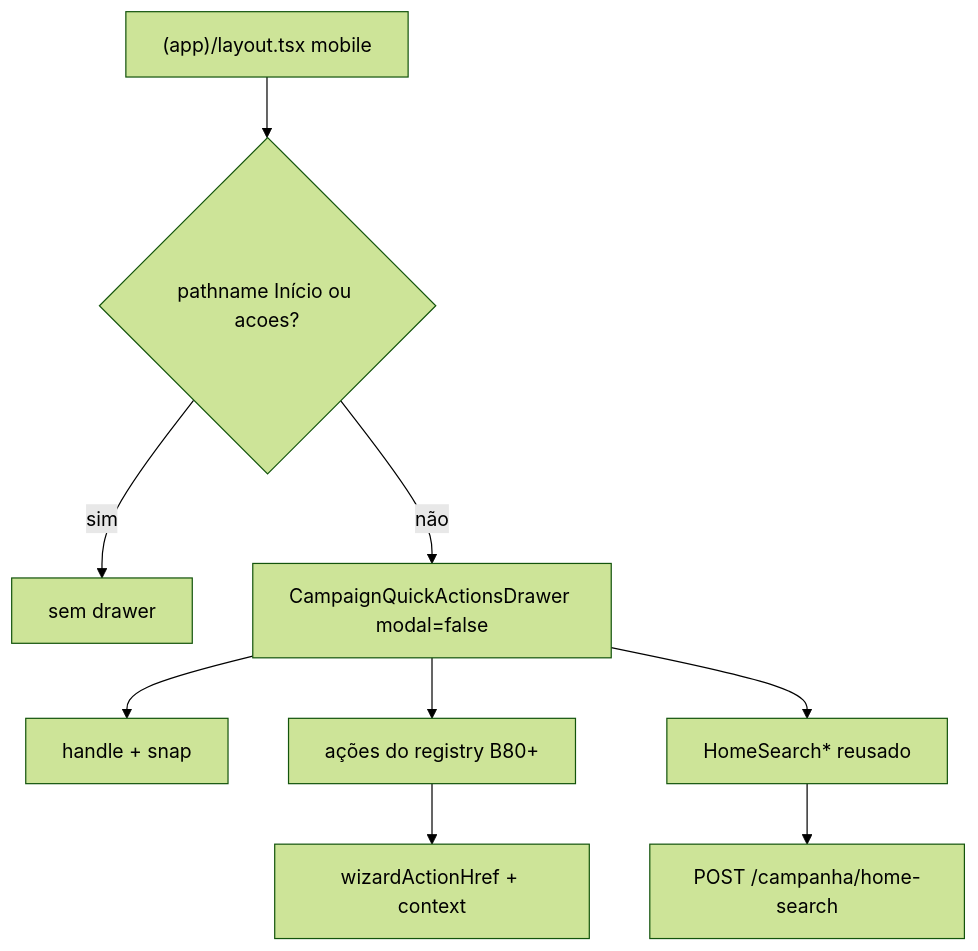
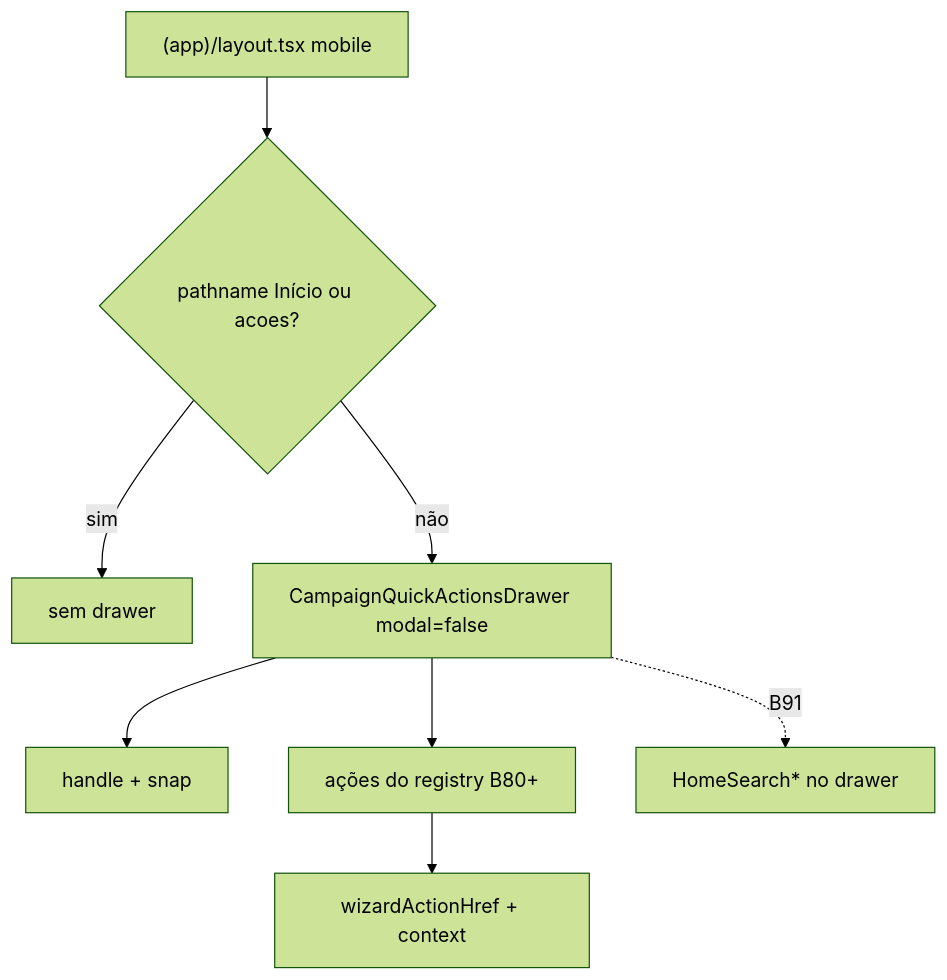
The diagram in docs/plans/chassis-bottom-drawer-acoes-rapidas.md (fsolla/teqo), drawn with Mermaid (forest theme) before and after one commit. The commit also changed other lines of this file and 4 other files, not shown here.

````diff
--- a/docs/plans/chassis-bottom-drawer-acoes-rapidas.md
+++ b/docs/plans/chassis-bottom-drawer-acoes-rapidas.md
@@ -65,11 +68,10 @@
 ```mermaid
 flowchart TB
   layout["(app)/layout.tsx mobile"] --> gate{"pathname Início ou acoes?"}
   gate -->|sim| skip["sem drawer"]
   gate -->|não| drawer["CampaignQuickActionsDrawer modal=false"]
   drawer --> handle["handle + snap"]
   drawer --> actions["ações do registry B80+"]
-  drawer --> search["HomeSearch* reusado"]
+  drawer -.->|"B91"| search["HomeSearch* no drawer"]
   actions --> wizards["wizardActionHref + context"]
-  search --> api["POST /campanha/home-search"]
 ```
````
